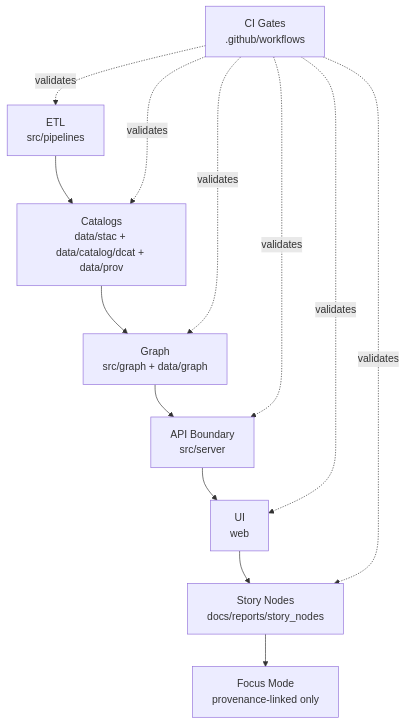
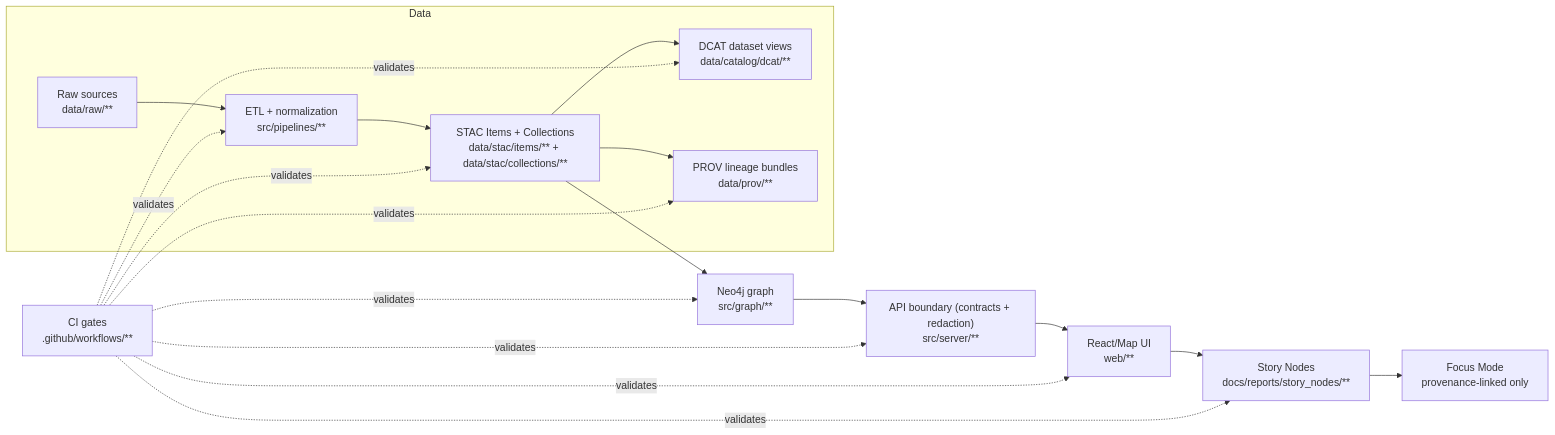
Before and after one commit to bartytime4life/Kansas-Frontier-Matrix: the second of 2 diagrams in .github/SECURITY.md, drawn with Mermaid. The commit also changed other lines of this file, not shown here.

```diff
--- a/.github/SECURITY.md
+++ b/.github/SECURITY.md
@@ -246,16 +290,24 @@
 ~~~mermaid
-flowchart TB
-  A[ETL<br/>src/pipelines] --> B[Catalogs<br/>data/stac + data/catalog/dcat + data/prov]
-  B --> C[Graph<br/>src/graph + data/graph]
-  C --> D[API Boundary<br/>src/server]
-  D --> E[UI<br/>web]
-  E --> F[Story Nodes<br/>docs/reports/story_nodes]
-  F --> G[Focus Mode<br/>provenance-linked only]
+flowchart LR
+  subgraph Data
+    A["Raw sources<br/>data/raw/**"] --> B["ETL + normalization<br/>src/pipelines/**"]
+    B --> C["STAC Items + Collections<br/>data/stac/items/** + data/stac/collections/**"]
+    C --> D["DCAT dataset views<br/>data/catalog/dcat/**"]
+    C --> E["PROV lineage bundles<br/>data/prov/**"]
+  end
 
-  CI[CI Gates<br/>.github/workflows] -. validates .-> A
-  CI -. validates .-> B
+  C --> G["Neo4j graph<br/>src/graph/**"]
+  G --> H["API boundary (contracts + redaction)<br/>src/server/**"]
+  H --> I["React/Map UI<br/>web/**"]
+  I --> J["Story Nodes<br/>docs/reports/story_nodes/**"]
+  J --> K["Focus Mode<br/>provenance-linked only"]
+
+  CI["CI gates<br/>.github/workflows/**"] -. validates .-> B
   CI -. validates .-> C
   CI -. validates .-> D
   CI -. validates .-> E
-  CI -. validates .-> F
+  CI -. validates .-> G
+  CI -. validates .-> H
+  CI -. validates .-> I
+  CI -. validates .-> J
 ~~~
```
